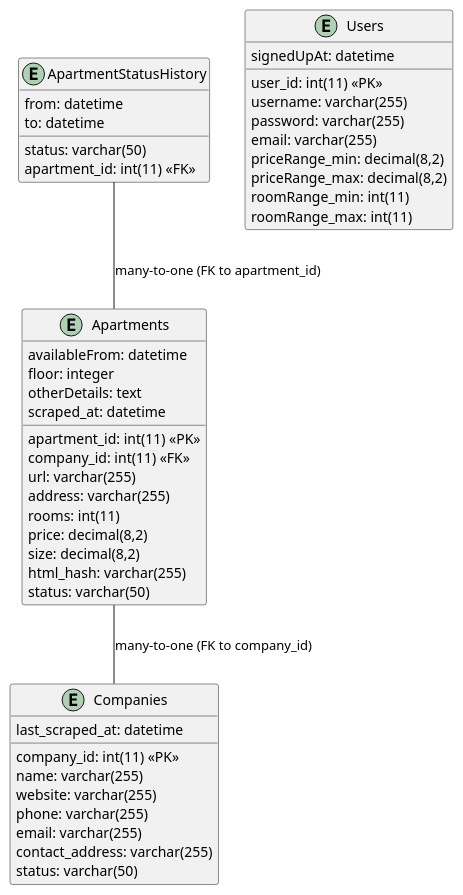
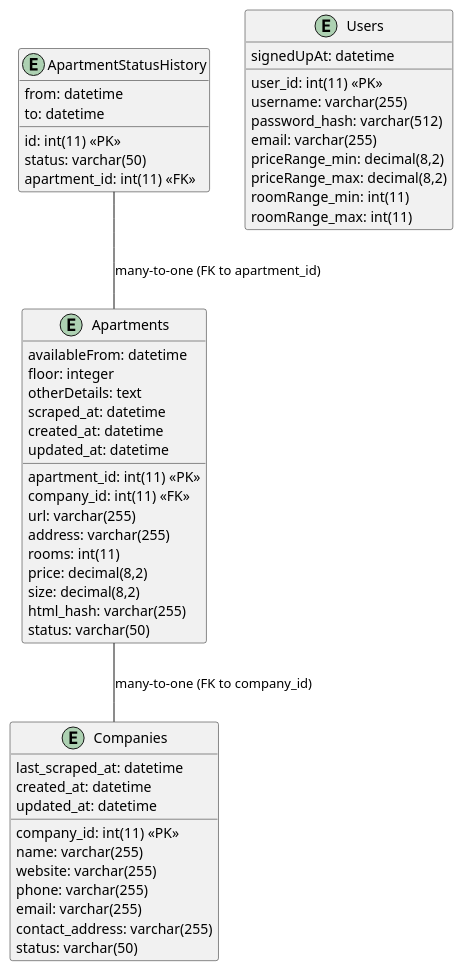
One commit to danyambuehl/ITCNE23-SEM-Ill changed the diagram in docs/02_Plannung/sql_schema.iuml. Above: the diagram before and after it, drawn with PlantUML.

Commit message:
dql_schema

```diff
--- a/docs/02_Plannung/sql_schema.iuml
+++ b/docs/02_Plannung/sql_schema.iuml
@@ -1,52 +1,57 @@
 @startuml
 
 entity "Companies" as companies {
   company_id: int(11) <<PK>>
   name: varchar(255)
   website: varchar(255)
   last_scraped_at: datetime
   phone: varchar(255)
   email: varchar(255)
   contact_address: varchar(255)
   status: varchar(50)
+  created_at: datetime
+  updated_at: datetime
 }
 
 entity "Apartments" as apartments {
   apartment_id: int(11) <<PK>>
   company_id: int(11) <<FK>>
   url: varchar(255)
   address: varchar(255)
   rooms: int(11)
   availableFrom: datetime
   price: decimal(8,2)
   size: decimal(8,2)
   floor: integer
   otherDetails: text
   html_hash: varchar(255)
   scraped_at: datetime
   status: varchar(50)
+  created_at: datetime
+  updated_at: datetime
 }
 
 entity "ApartmentStatusHistory" as apartmentStatusHistory {
+  id: int(11) <<PK>>
   status: varchar(50)
   from: datetime
   to: datetime
   apartment_id: int(11) <<FK>>
 }
 
 entity "Users" as users {
   user_id: int(11) <<PK>>
   username: varchar(255)
-  password: varchar(255)
+  password_hash: varchar(512)
   email: varchar(255)
   signedUpAt: datetime
   priceRange_min: decimal(8,2)
   priceRange_max: decimal(8,2)
   roomRange_min: int(11)
   roomRange_max: int(11)
 }
 
 apartments -- companies : "many-to-one (FK to company_id)"
 apartmentStatusHistory -- apartments : "many-to-one (FK to apartment_id)"
 
 @enduml
```
